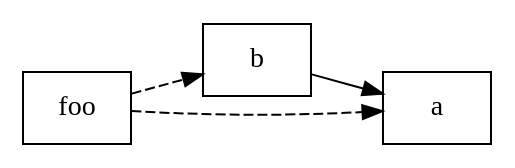
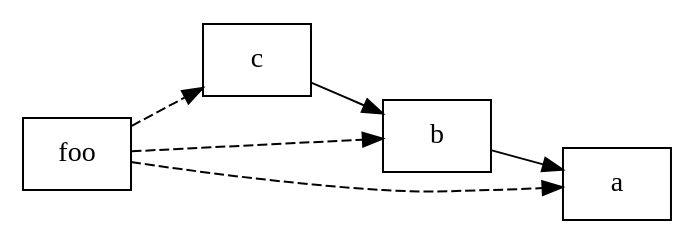
Before and after one commit to dwijnand/sbt-project-graph: the diagram in src/sbt-test/spec/works/projects-graph.dot, drawn with Graphviz. The commit also changed 1 other file, not shown here.

```diff
--- a/src/sbt-test/spec/works/projects-graph.dot
+++ b/src/sbt-test/spec/works/projects-graph.dot
@@ -1,15 +1,18 @@
 digraph "projects-graph" {
     graph[rankdir="LR"]
     node [
         shape="record"
     ]
     edge [
         arrowtail="none"
     ]
     "foo"[label=<foo>]
+    "c"[label=<c>]
     "b"[label=<b>]
     "a"[label=<a>]
+    "foo" -> "c" [style=dashed]
+    "foo" -> "b" [style=dashed]
+    "foo" -> "a" [style=dashed]
+    "c" -> "b" [style=solid]
     "b" -> "a" [style=solid]
-    "foo" -> "a" [style=dashed]
-    "foo" -> "b" [style=dashed]
 }
```
